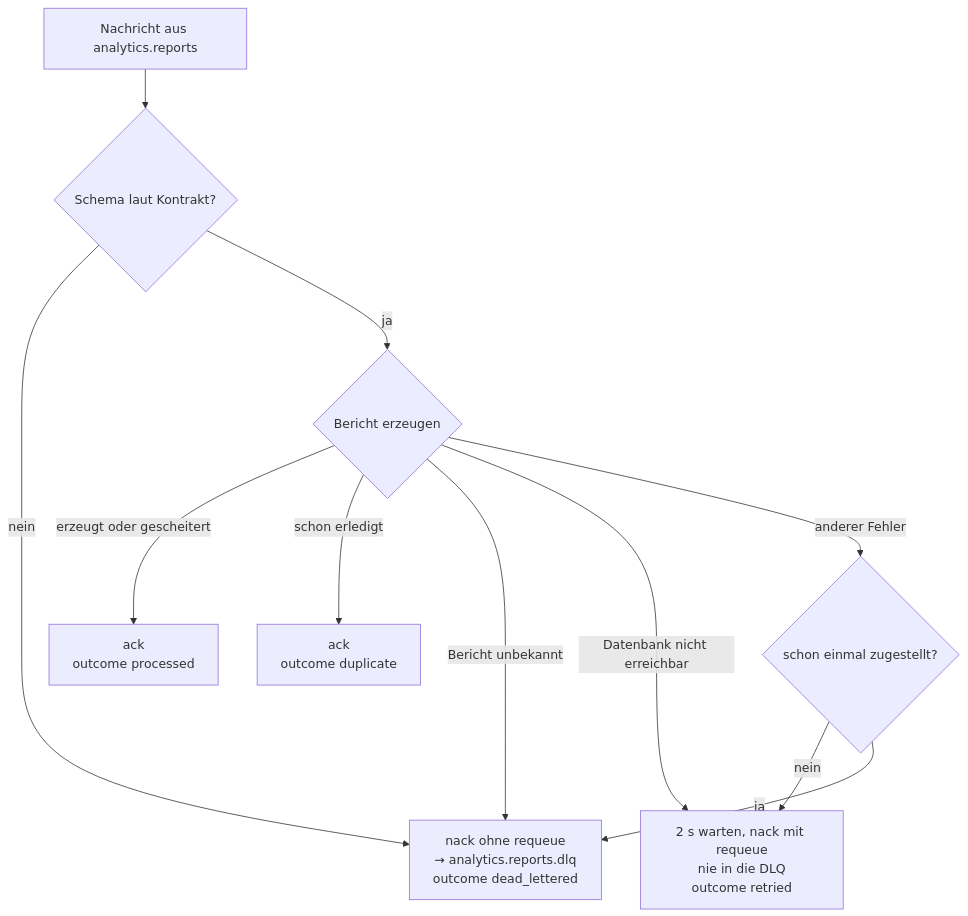
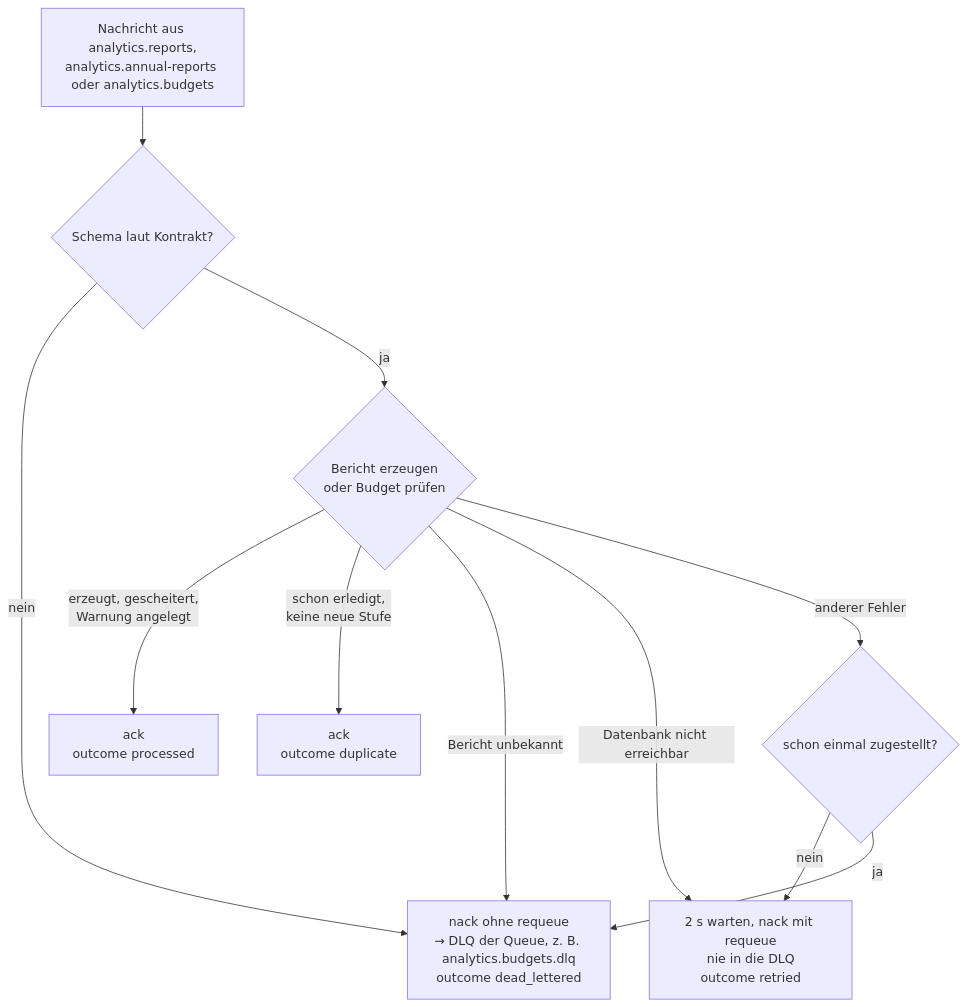
Before and after one commit to Leart165/321_leart: the fifth of 6 diagrams in docs/architecture.md, drawn with Mermaid. The commit also changed other lines of this file and 84 other files, not shown here.

````diff
--- a/docs/architecture.md
+++ b/docs/architecture.md
@@ -209,13 +275,13 @@
 ```mermaid
 flowchart TD
-    n["Nachricht aus analytics.reports"] --> s{"Schema laut Kontrakt?"}
-    s -->|"nein"| dlq["nack ohne requeue<br/>→ analytics.reports.dlq<br/>outcome dead_lettered"]
-    s -->|"ja"| p{"Bericht erzeugen"}
-    p -->|"erzeugt oder gescheitert"| ok["ack<br/>outcome processed"]
-    p -->|"schon erledigt"| dup["ack<br/>outcome duplicate"]
+    n["Nachricht aus analytics.reports,<br/>analytics.annual-reports oder analytics.budgets"] --> s{"Schema laut Kontrakt?"}
+    s -->|"nein"| dlq["nack ohne requeue<br/>→ DLQ der Queue, z. B. analytics.budgets.dlq<br/>outcome dead_lettered"]
+    s -->|"ja"| p{"Bericht erzeugen<br/>oder Budget prüfen"}
+    p -->|"erzeugt, gescheitert,<br/>Warnung angelegt"| ok["ack<br/>outcome processed"]
+    p -->|"schon erledigt,<br/>keine neue Stufe"| dup["ack<br/>outcome duplicate"]
     p -->|"Bericht unbekannt"| dlq
     p -->|"Datenbank nicht erreichbar"| retry["2 s warten, nack mit requeue<br/>nie in die DLQ<br/>outcome retried"]
     p -->|"anderer Fehler"| r{"schon einmal zugestellt?"}
     r -->|"nein"| retry
     r -->|"ja"| dlq
 ```
````
